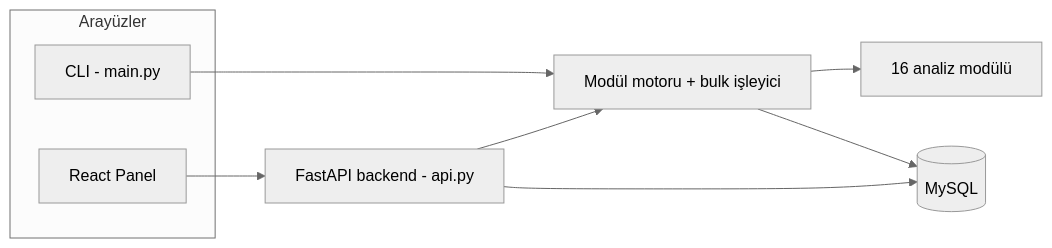
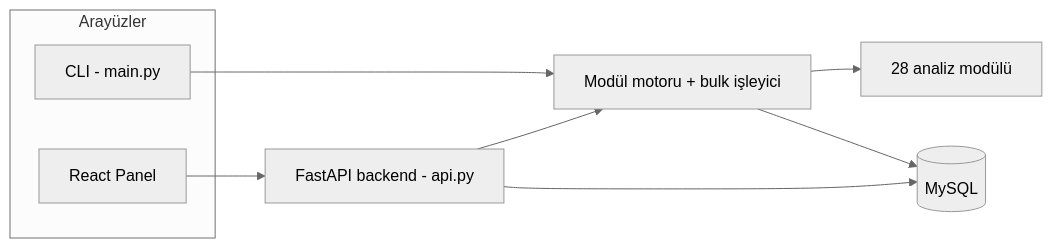
Before and after one commit to frkndncr/WebAnalyzer: the diagram in README.TR.MD, drawn with Mermaid (neutral theme). The commit also changed other lines of this file and 24 other files, not shown here.

````diff
--- a/README.TR.MD
+++ b/README.TR.MD
@@ -152,16 +152,16 @@
 ```mermaid
 graph LR
     subgraph Arayüzler
       CLI[CLI - main.py]
       UI[React Panel]
     end
     API[FastAPI backend - api.py]
     ENG[Modül motoru + bulk işleyici]
     DB[(MySQL)]
-    MODS[16 analiz modülü]
+    MODS[28 analiz modülü]
 
     CLI --> ENG
     UI --> API --> ENG --> MODS
     ENG --> DB
     API --> DB
 ```
````
